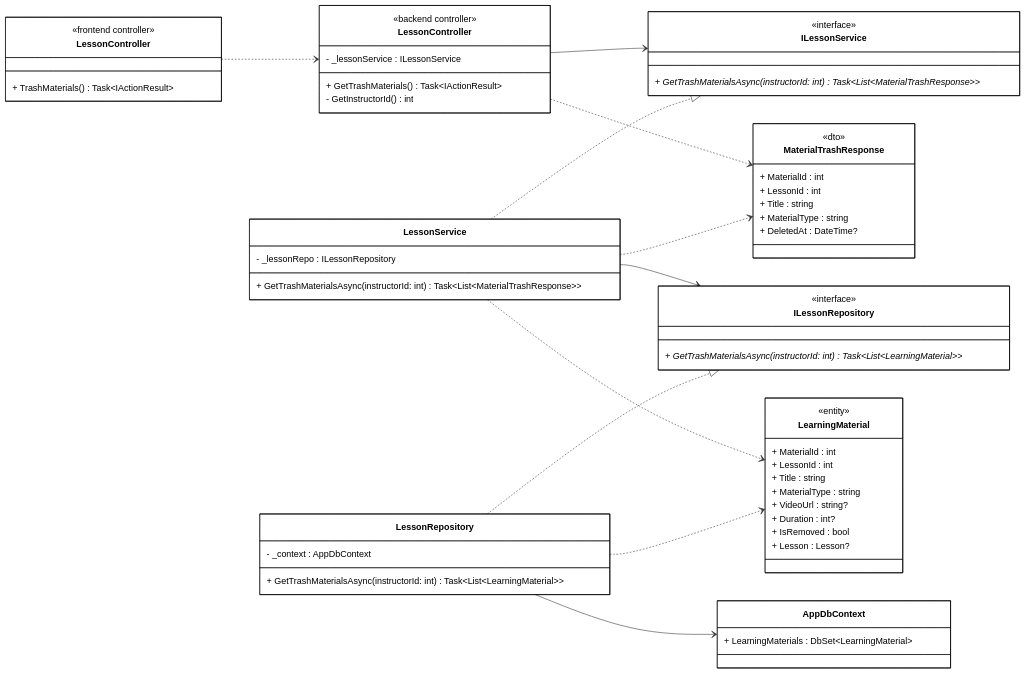
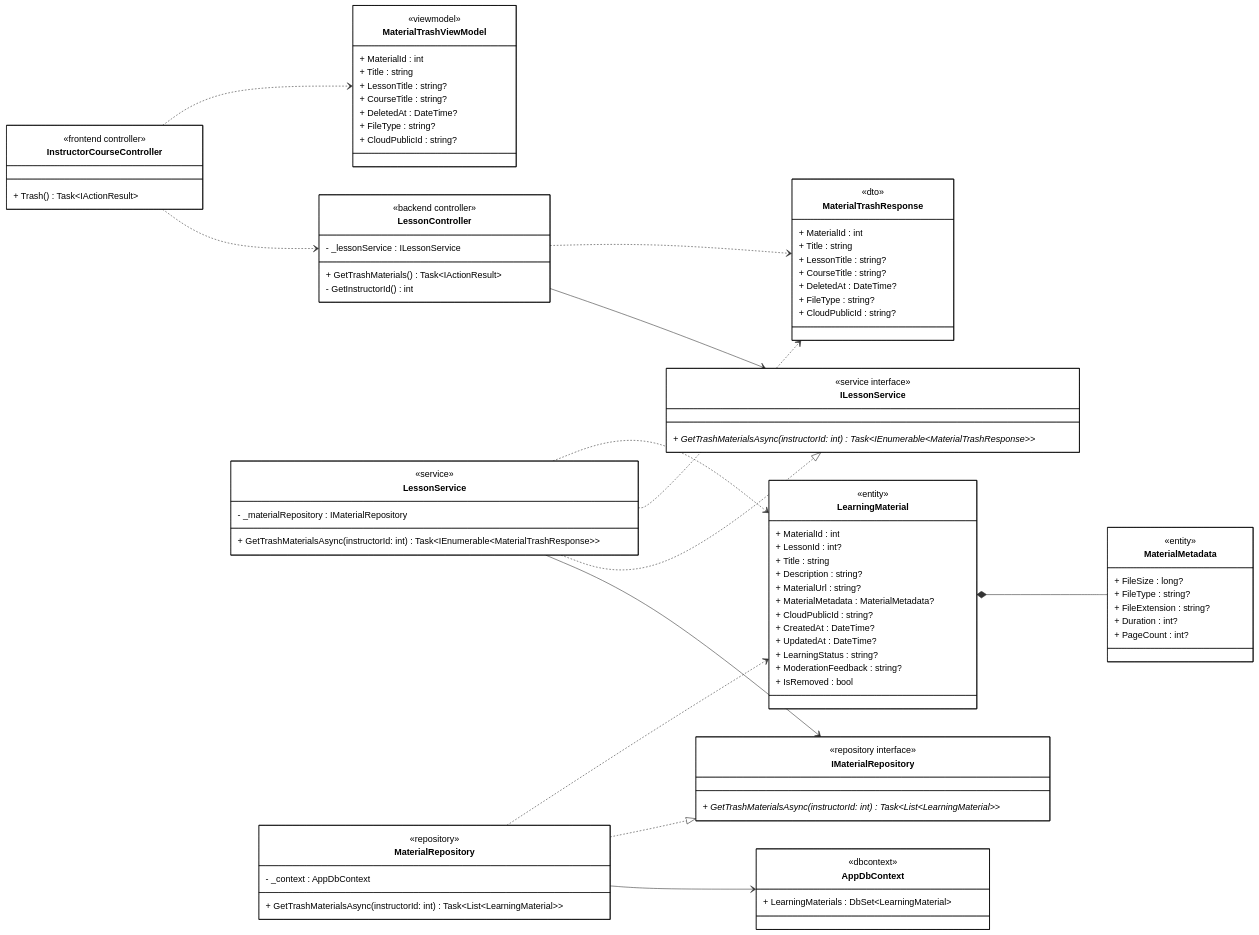
The diagram in diagrams/class_mermaid/instructor_course/cls_mm_view_removed_materials.mmd (1000do/Linked), drawn with Mermaid before and after one commit. The commit also changed 95 other files, not shown here.

Commit message:
feat: add comprehensive system architecture diagrams for user, instructor, and admin modules

```diff
--- a/diagrams/class_mermaid/instructor_course/cls_mm_view_removed_materials.mmd
+++ b/diagrams/class_mermaid/instructor_course/cls_mm_view_removed_materials.mmd
@@ -1,100 +1,133 @@
 classDiagram
 direction LR
 
 %% ==================== FRONTEND ====================
 
-class LessonControllerFE["LessonController"] {
+class InstructorCourseControllerFE["InstructorCourseController"] {
     <<frontend controller>>
-    + TrashMaterials() Task~IActionResult~
+    + Trash() Task~IActionResult~
+}
+
+class MaterialTrashViewModel {
+    <<viewmodel>>
+    + MaterialId : int
+    + Title : string
+    + LessonTitle : string?
+    + CourseTitle : string?
+    + DeletedAt : DateTime?
+    + FileType : string?
+    + CloudPublicId : string?
 }
 
 %% ==================== BACKEND - CONTROLLER ====================
 
 class LessonControllerBE["LessonController"] {
     <<backend controller>>
     - _lessonService : ILessonService
     
     + GetTrashMaterials() Task~IActionResult~
     - GetInstructorId() int
 }
 
 %% ==================== BACKEND - DTOs ====================
 
 class MaterialTrashResponse {
     <<dto>>
     + MaterialId : int
-    + LessonId : int
     + Title : string
-    + MaterialType : string
+    + LessonTitle : string?
+    + CourseTitle : string?
     + DeletedAt : DateTime?
+    + FileType : string?
+    + CloudPublicId : string?
 }
 
 %% ==================== BACKEND - DOMAIN ENTITIES ====================
 
 class LearningMaterial {
     <<entity>>
     + MaterialId : int
-    + LessonId : int
+    + LessonId : int?
     + Title : string
-    + MaterialType : string
-    + VideoUrl : string?
+    + Description : string?
+    + MaterialUrl : string?
+    + MaterialMetadata : MaterialMetadata?
+    + CloudPublicId : string?
+    + CreatedAt : DateTime?
+    + UpdatedAt : DateTime?
+    + LearningStatus : string?
+    + ModerationFeedback : string?
+    + IsRemoved : bool
+}
+
+class MaterialMetadata {
+    <<entity>>
+    + FileSize : long?
+    + FileType : string?
+    + FileExtension : string?
     + Duration : int?
-    + IsRemoved : bool
-    + Lesson : Lesson?
+    + PageCount : int?
 }
 
 %% ==================== BACKEND - SERVICE INTERFACES ====================
 
 class ILessonService {
-    <<interface>>
-    + GetTrashMaterialsAsync(instructorId: int) Task~List~MaterialTrashResponse~~ *
+    <<service interface>>
+    + GetTrashMaterialsAsync(instructorId: int) Task~IEnumerable~MaterialTrashResponse~~ *
 }
 
-class ILessonRepository {
-    <<interface>>
+class IMaterialRepository {
+    <<repository interface>>
     + GetTrashMaterialsAsync(instructorId: int) Task~List~LearningMaterial~~ *
 }
 
 %% ==================== BACKEND - SERVICE IMPLEMENTATION ====================
 
 class LessonService {
-    - _lessonRepo : ILessonRepository
+    <<service>>
+    - _materialRepository : IMaterialRepository
     
-    + GetTrashMaterialsAsync(instructorId: int) Task~List~MaterialTrashResponse~~
+    + GetTrashMaterialsAsync(instructorId: int) Task~IEnumerable~MaterialTrashResponse~~
 }
 
 %% ==================== BACKEND - REPOSITORY IMPLEMENTATION ====================
 
-class LessonRepository {
+class MaterialRepository {
+    <<repository>>
     - _context : AppDbContext
     
     + GetTrashMaterialsAsync(instructorId: int) Task~List~LearningMaterial~~
 }
 
 %% ==================== BACKEND - DbContext ====================
 
 class AppDbContext {
+    <<dbcontext>>
     + LearningMaterials : DbSet~LearningMaterial~
 }
 
 %% ==================== RELATIONSHIPS ====================
 
-%% === UNIDIRECTIONAL ASSOCIATION (solid arrow) ===
+%% === AGGREGATION & COMPOSITION ===
+LearningMaterial *-- MaterialMetadata
+
+%% === UNIDIRECTIONAL ASSOCIATION ===
 LessonControllerBE --> ILessonService
-LessonService --> ILessonRepository
-LessonRepository --> AppDbContext
+LessonService --> IMaterialRepository
+MaterialRepository --> AppDbContext
 
 %% === INTERFACE REALIZATION ===
 LessonService ..|> ILessonService
-LessonRepository ..|> ILessonRepository
+MaterialRepository ..|> IMaterialRepository
 
-%% === DEPENDENCY (dashed arrows) ===
-LessonControllerFE ..> LessonControllerBE
+%% === DEPENDENCY ===
+InstructorCourseControllerFE ..> LessonControllerBE
+InstructorCourseControllerFE ..> MaterialTrashViewModel
 LessonControllerBE ..> MaterialTrashResponse
 LessonService ..> MaterialTrashResponse
 LessonService ..> LearningMaterial
-LessonRepository ..> LearningMaterial
+MaterialRepository ..> LearningMaterial
 
 %% ==================== STYLES ====================
 
 classDef default fill:#FFFFFF,stroke:#000000,stroke-width:1px,color:#000000
```
